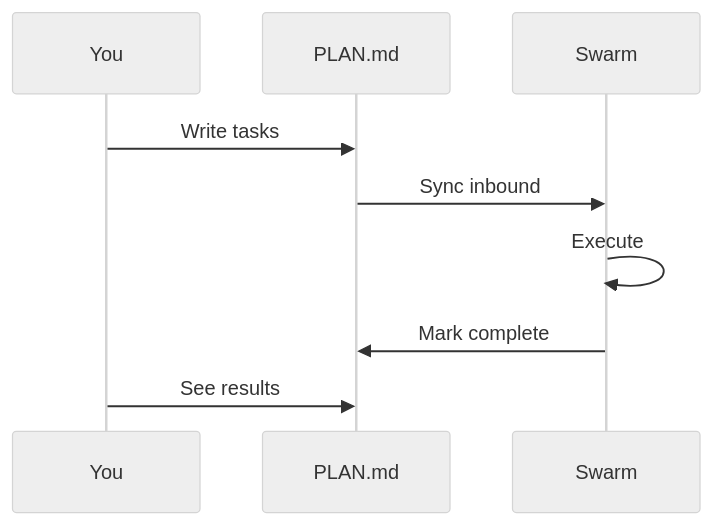
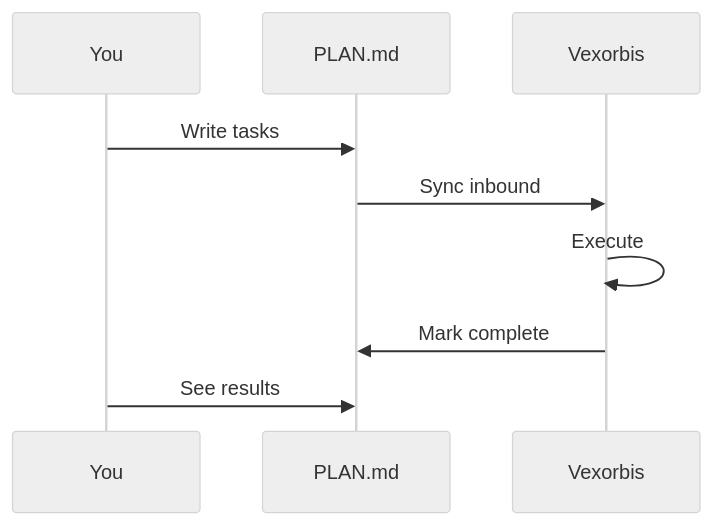
The diagram in guides/plan-syntax.md (AgentAgony/Swarmdocs), drawn with Mermaid (neutral theme) before and after one commit. The commit also changed other lines of this file and 18 other files, not shown here.

Commit message:
docs: Add initial comprehensive documentation covering project concepts, architecture, tools, and usage guides, along with updates to project meta-files.

````diff
--- a/guides/plan-syntax.md
+++ b/guides/plan-syntax.md
@@ -9,12 +9,12 @@
 ```mermaid
 sequenceDiagram
     participant You
     participant PLAN.md
-    participant Swarm
+    participant Vexorbis
     
     You->>PLAN.md: Write tasks
-    PLAN.md->>Swarm: Sync inbound
-    Swarm->>Swarm: Execute
-    Swarm->>PLAN.md: Mark complete
+    PLAN.md->>Vexorbis: Sync inbound
+    Vexorbis->>Vexorbis: Execute
+    Vexorbis->>PLAN.md: Mark complete
     You->>PLAN.md: See results
 ```
````
